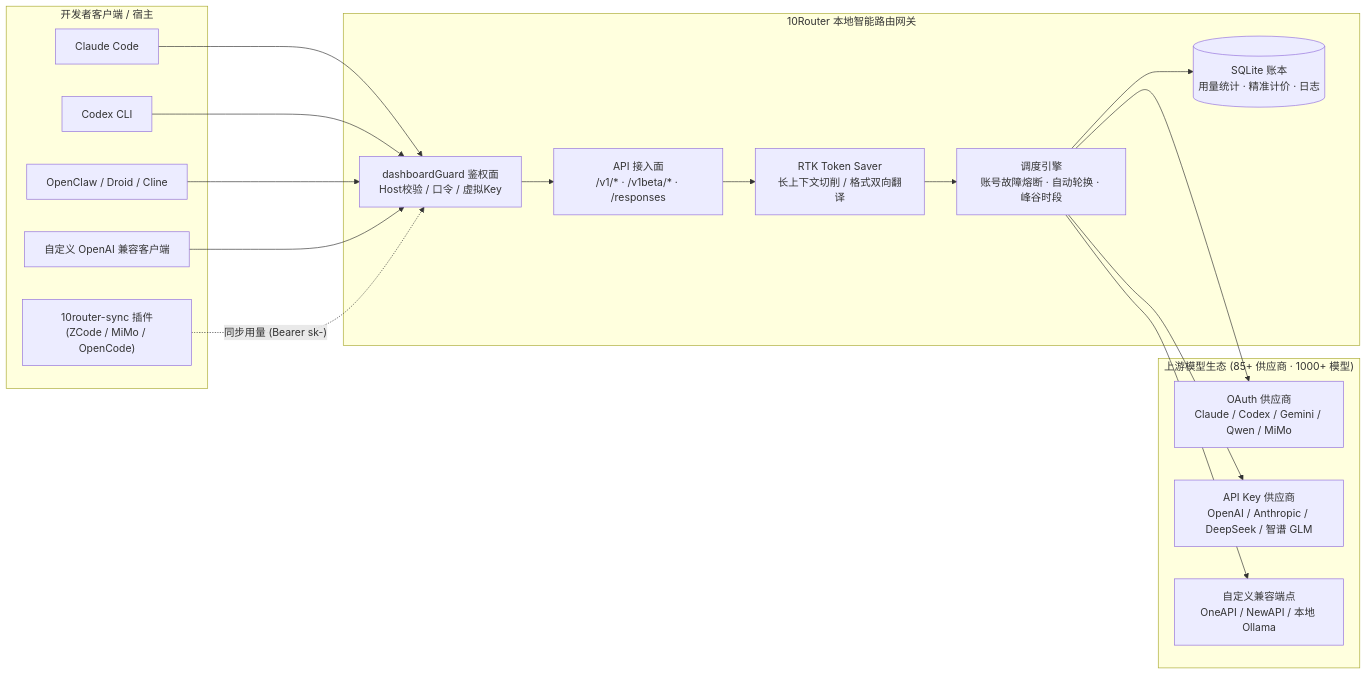
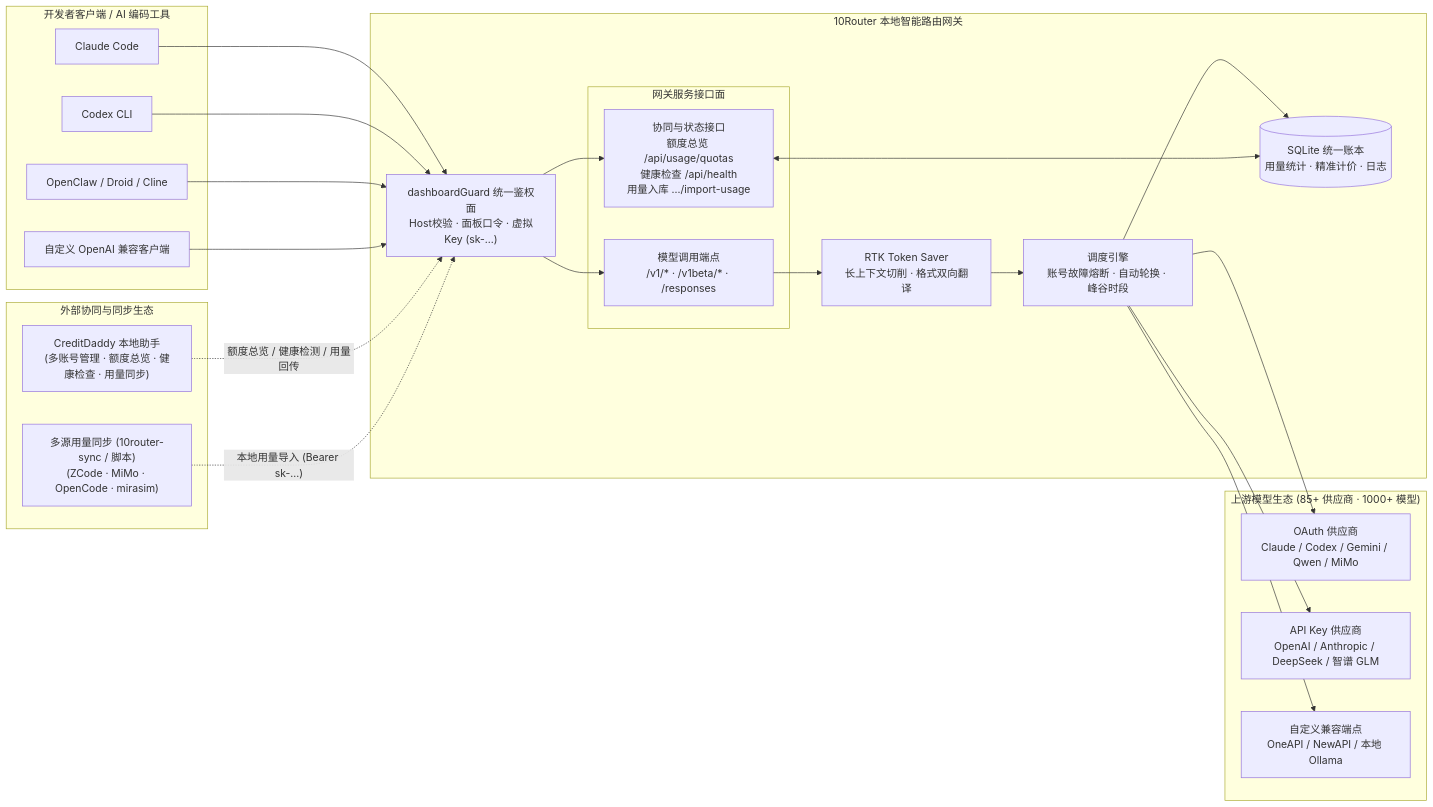
Before and after one commit to Xerctan/10router: the diagram in README.md, drawn with Mermaid. The commit also changed other lines of this file, not shown here.

Commit message:
docs: 更新架构图以强化 CreditDaddy 协同与状态/用量接口，淡化单一 zcode 插件

````diff
--- a/README.md
+++ b/README.md
@@ -55,39 +55,51 @@
 ```mermaid
 flowchart LR
-    subgraph Clients["开发者客户端 / 宿主"]
+    subgraph Clients["开发者客户端 / AI 编码工具"]
         C1["Claude Code"]
         C2["Codex CLI"]
         C3["OpenClaw / Droid / Cline"]
         C4["自定义 OpenAI 兼容客户端"]
-        ZP["10router-sync 插件<br/>(ZCode / MiMo / OpenCode)"]
+    end
+
+    subgraph Ecosystem["外部协同与同步生态"]
+        CD["CreditDaddy 本地助手<br/>(多账号管理 · 额度总览 · 健康检查 · 用量同步)"]
+        SYNC["多源用量同步 (10router-sync / 脚本)<br/>(ZCode · MiMo · OpenCode · mirasim)"]
     end
 
     subgraph Router["10Router 本地智能路由网关"]
-        GUARD["dashboardGuard 鉴权面<br/>Host校验 / 口令 / 虚拟Key"]
-        API["API 接入面<br/>/v1/* · /v1beta/* · /responses"]
-        RTK["RTK Token Saver<br/>长上下文切削 / 格式双向翻译"]
+        GUARD["dashboardGuard 统一鉴权面<br/>Host校验 · 面板口令 · 虚拟Key (sk-...)"]
+
+        subgraph Endpoints["网关服务接口面"]
+            API["模型调用端点<br/>/v1/* · /v1beta/* · /responses"]
+            MGMT["协同与状态接口<br/>额度总览 /api/usage/quotas<br/>健康检查 /api/health<br/>用量入库 .../import-usage"]
+        end
+
+        RTK["RTK Token Saver<br/>长上下文切削 · 格式双向翻译"]
         CORE["调度引擎<br/>账号故障熔断 · 自动轮换 · 峰谷时段"]
-        DB[("SQLite 账本<br/>用量统计 · 精准计价 · 日志")]
+        DB[("SQLite 统一账本<br/>用量统计 · 精准计价 · 日志")]
     end
 
     subgraph Upstreams["上游模型生态 (85+ 供应商 · 1000+ 模型)"]
         P1["OAuth 供应商<br/>Claude / Codex / Gemini / Qwen / MiMo"]
         P2["API Key 供应商<br/>OpenAI / Anthropic / DeepSeek / 智谱 GLM"]
         P3["自定义兼容端点<br/>OneAPI / NewAPI / 本地 Ollama"]
     end
 
     C1 --> GUARD
     C2 --> GUARD
     C3 --> GUARD
     C4 --> GUARD
-    ZP -. "同步用量 (Bearer sk-)" .-> GUARD
+    CD -. "额度总览 / 健康检测 / 用量回传" .-> GUARD
+    SYNC -. "本地用量导入 (Bearer sk-...)" .-> GUARD
 
     GUARD --> API
+    GUARD --> MGMT
     API --> RTK
     RTK --> CORE
     CORE --> DB
+    MGMT <--> DB
 
     CORE --> P1
     CORE --> P2
     CORE --> P3
 ```
````
